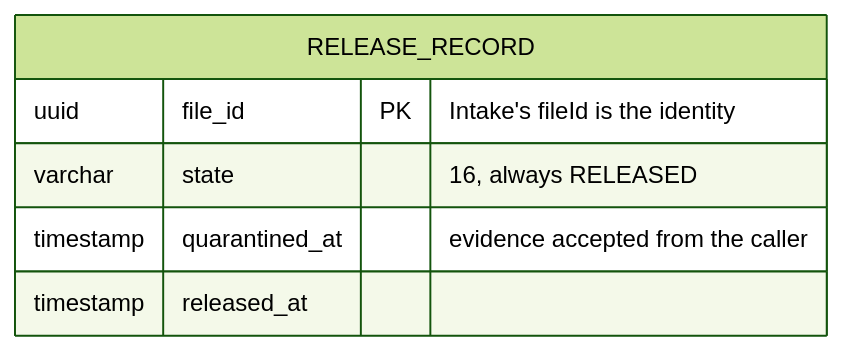
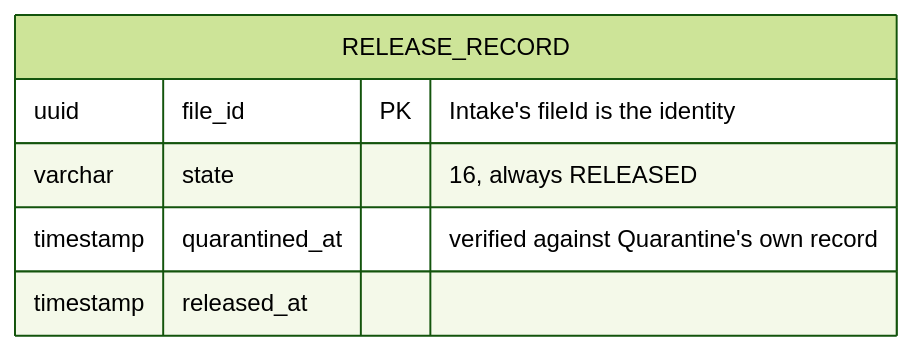
Before and after one commit to 2025tm93006/scalable-services-assignment: the ninth of 9 diagrams in docs/architecture.md, drawn with Mermaid (forest theme). The commit also changed other lines of this file and 9 other files, not shown here.

````diff
--- a/docs/architecture.md
+++ b/docs/architecture.md
@@ -298,9 +392,9 @@
 ```mermaid
 erDiagram
     RELEASE_RECORD {
         uuid file_id PK "Intake's fileId is the identity"
         varchar state "16, always RELEASED"
-        timestamp quarantined_at "evidence accepted from the caller"
+        timestamp quarantined_at "verified against Quarantine's own record"
         timestamp released_at
     }
 ```
````
